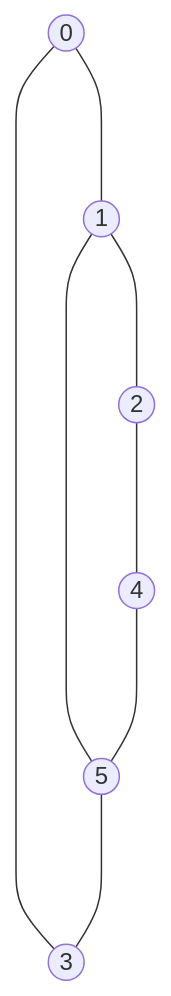
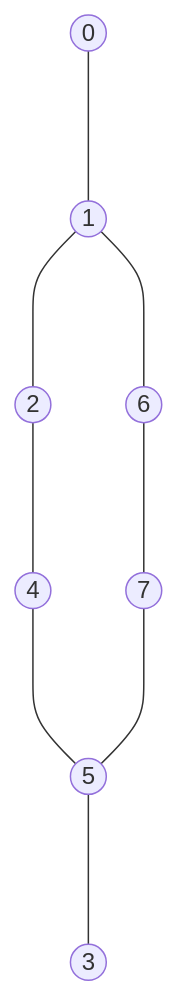
The fifth of 8 diagrams in README.md (sgorgun/depth-first-search-task-python), drawn with Mermaid before and after one commit. The commit also changed other lines of this file, not shown here.

````diff
--- a/README.md
+++ b/README.md
@@ -76,12 +77,13 @@
 ```mermaid
 graph TD;
     A((0)) ---- B((1));
+    B ---- H((6));
     B ---- C((2));
-    A ---- D((3));
     E((4));
     F((5));
-    F ---- D;
+    F ---- D((3));
     C ---- E;
-    B ---- F;
     E ---- F;
+    H ---- I((7));
+    I ---- F;
 ```
````
